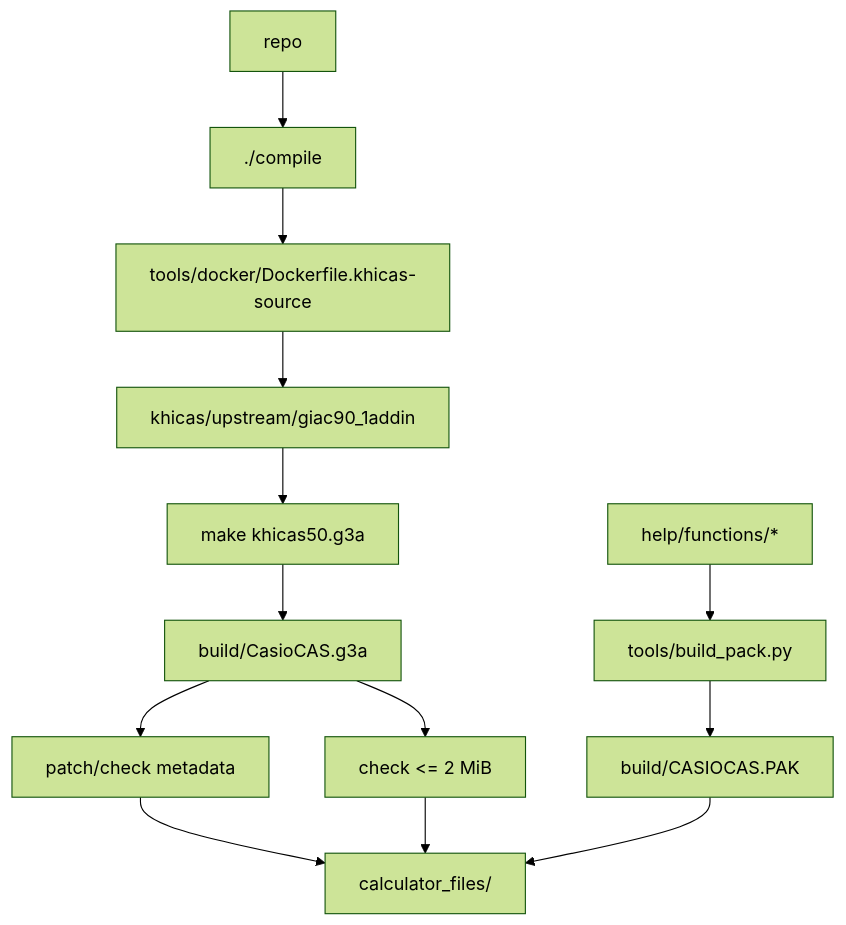
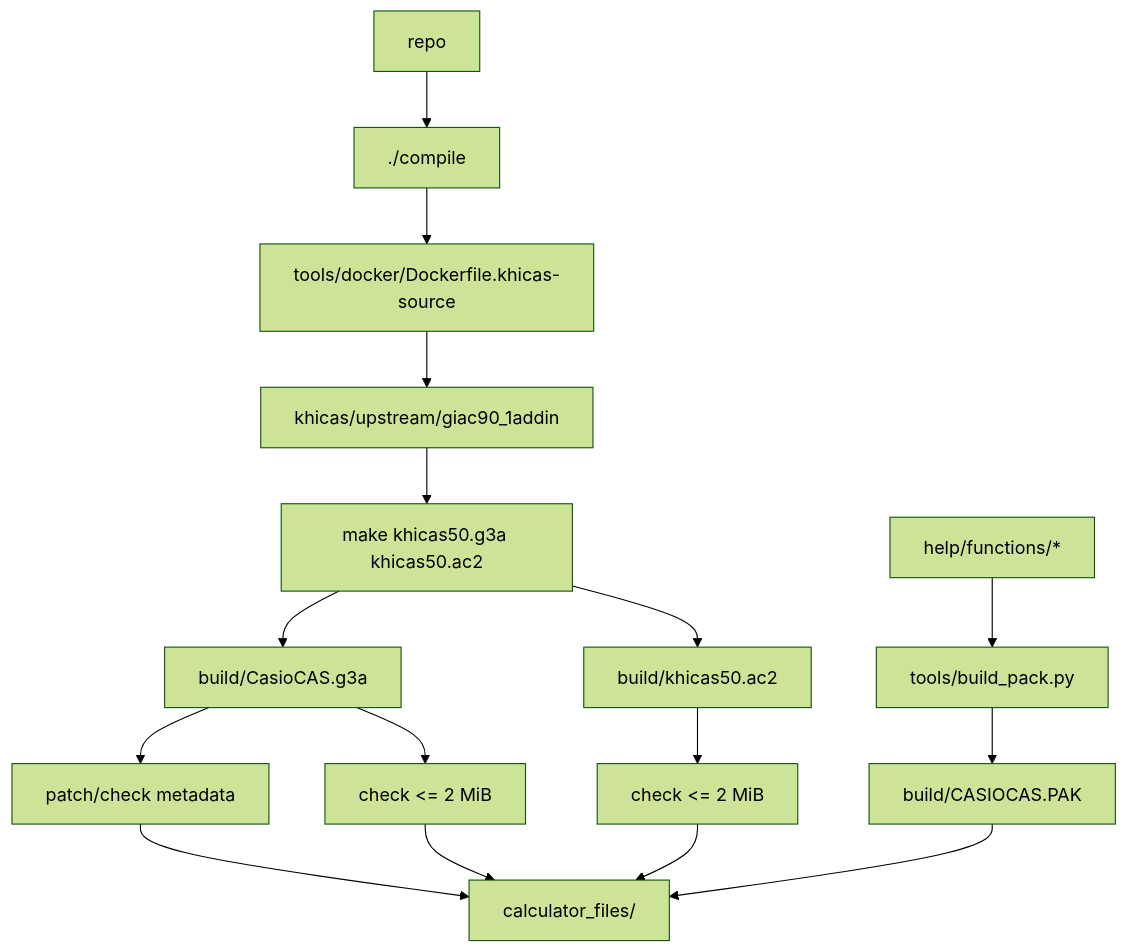
One commit to james8464/notes-addin-casio-fx-cg50 changed the first of 7 diagrams in docs/GRAPH.md. Above: the diagram before and after it, drawn with Mermaid (forest theme). The commit also changed other lines of this file and 52 other files, not shown here.

Commit message:
fix: package khicas ram sidecar

````diff
--- a/docs/GRAPH.md
+++ b/docs/GRAPH.md
@@ -7,15 +7,18 @@
 ```mermaid
 graph TD
   Root["repo"] --> Compile["./compile"]
   Compile --> Docker["tools/docker/Dockerfile.khicas-source"]
   Docker --> Src["khicas/upstream/giac90_1addin"]
-  Src --> Make["make khicas50.g3a"]
+  Src --> Make["make khicas50.g3a khicas50.ac2"]
   Make --> G3A["build/CasioCAS.g3a"]
+  Make --> AC2["build/khicas50.ac2"]
   G3A --> Meta["patch/check metadata"]
   G3A --> Size["check <= 2 MiB"]
+  AC2 --> RamSize["check <= 2 MiB"]
   Help["help/functions/*"] --> Pack["tools/build_pack.py"]
   Pack --> PAK["build/CASIOCAS.PAK"]
   Meta --> Transfer["calculator_files/"]
   Size --> Transfer
+  RamSize --> Transfer
   PAK --> Transfer
 ```
````
